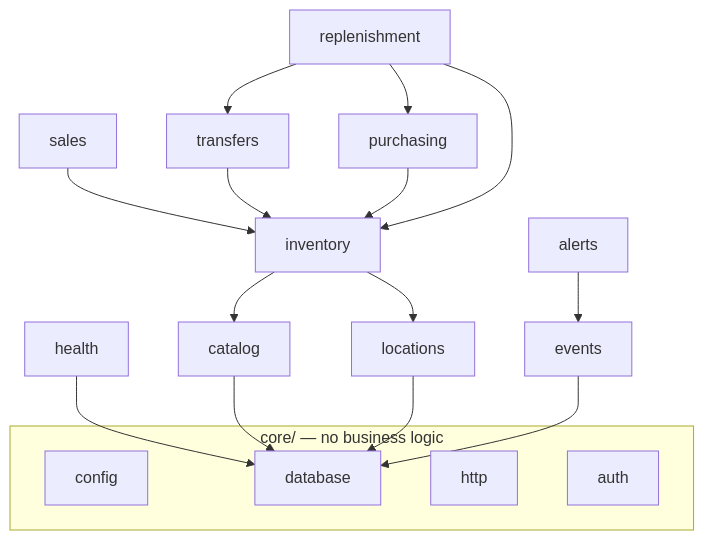
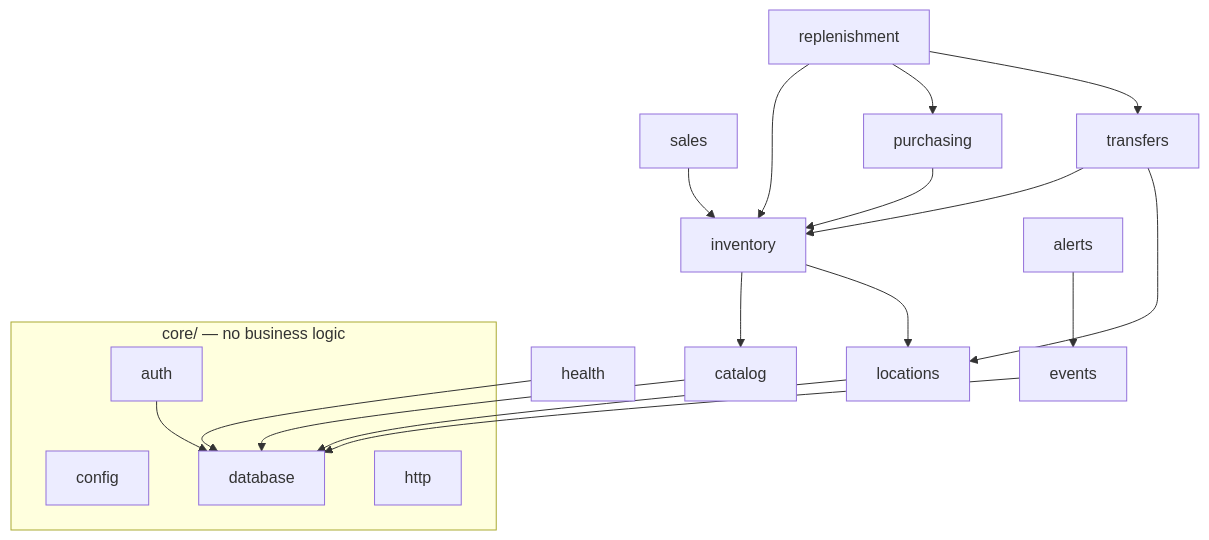
Before and after one commit to Hirockpaul/RetailPulse: the second of 6 diagrams in docs/ARCHITECTURE.md, drawn with Mermaid. The commit also changed other lines of this file and 71 other files, not shown here.

````diff
--- a/docs/ARCHITECTURE.md
+++ b/docs/ARCHITECTURE.md
@@ -69,16 +69,17 @@
 ```mermaid
 flowchart TB
   subgraph core[core/ — no business logic]
     config & database & http & auth
   end
   health --> database
+  auth --> database
   catalog --> database
   locations --> database
   inventory --> catalog & locations
   sales --> inventory
-  transfers --> inventory
+  transfers --> inventory & locations
   purchasing --> inventory
   replenishment --> inventory & purchasing & transfers
   events --> database
   alerts --> events
 ```
````
